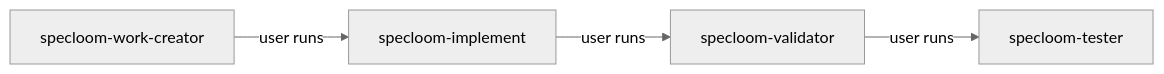
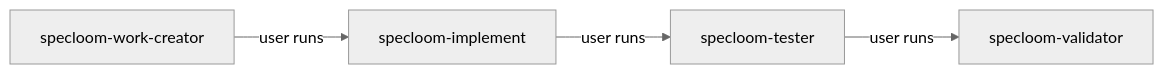
Before and after one commit to AIHeart-Professional/specloom: the diagram in WORKFLOW.md, drawn with Mermaid (neutral theme). The commit also changed other lines of this file and 75 other files, not shown here.

````diff
--- a/WORKFLOW.md
+++ b/WORKFLOW.md
@@ -52,11 +52,11 @@
 ```mermaid
 flowchart LR
   WC[specloom-work-creator]
   IMP[specloom-implement]
+  TST[specloom-tester]
   VAL[specloom-validator]
-  TST[specloom-tester]
 
   WC -->|user runs| IMP
-  IMP -->|user runs| VAL
-  VAL -->|user runs| TST
+  IMP -->|user runs| TST
+  TST -->|user runs| VAL
 ```
````
